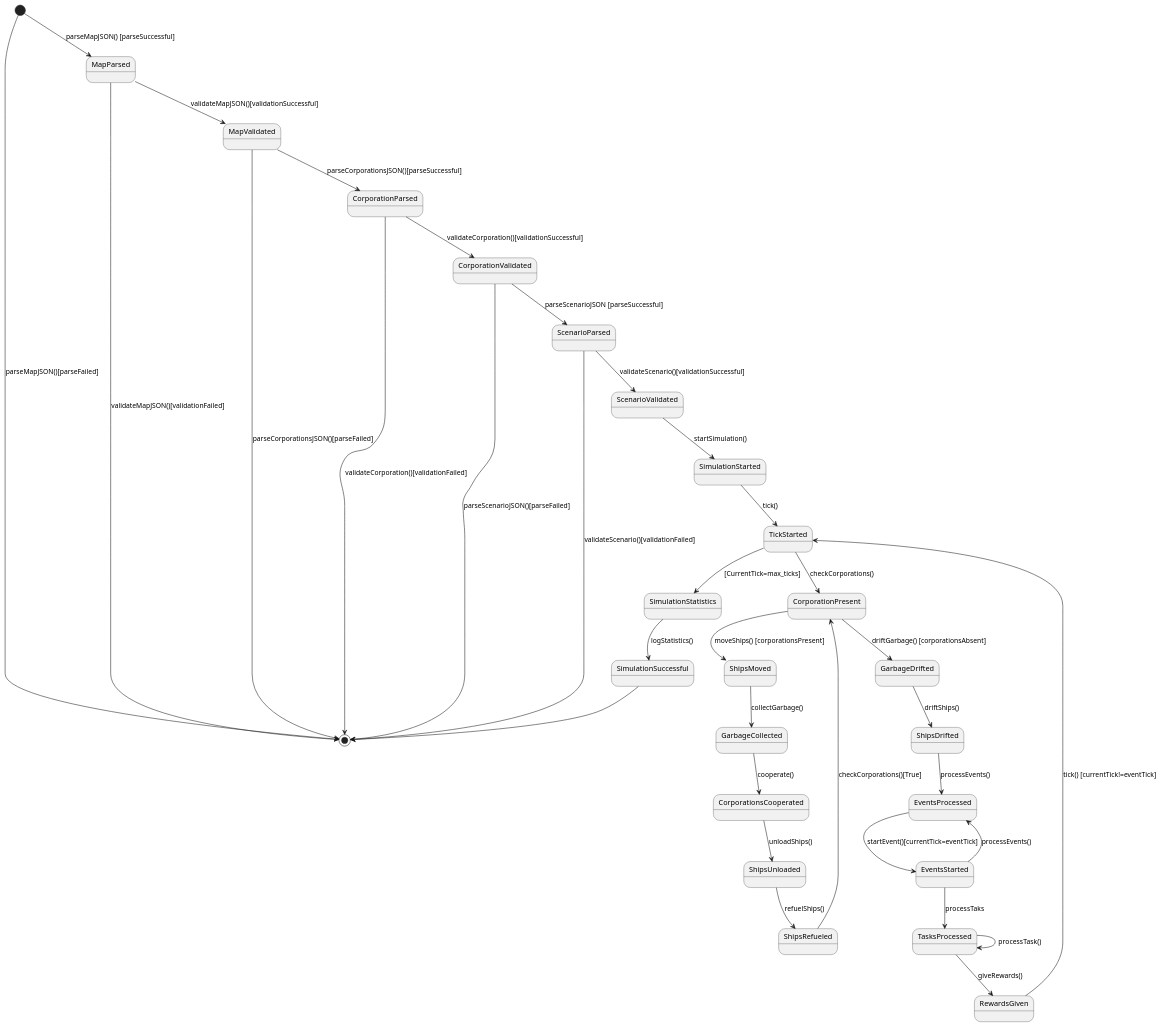
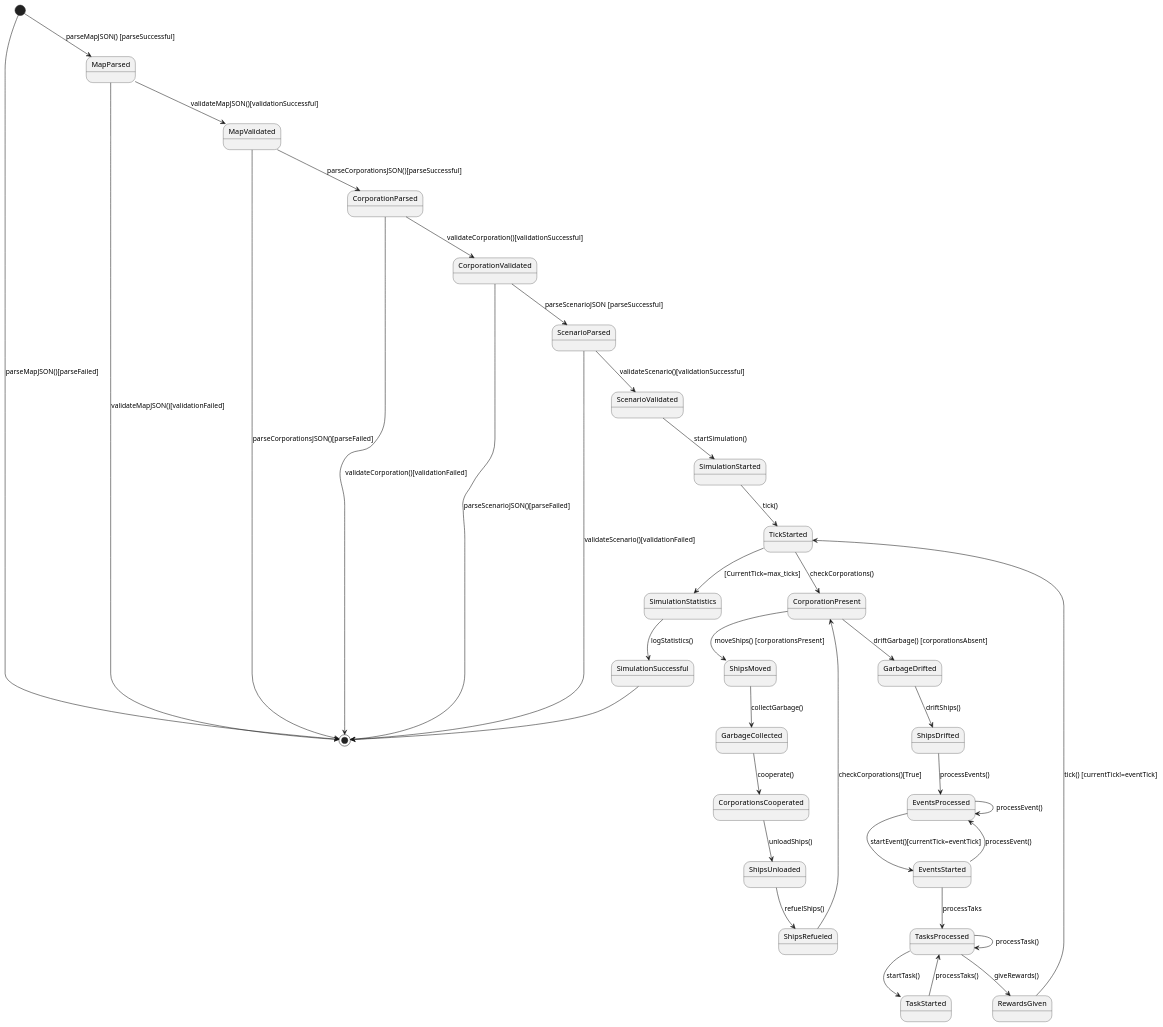
The diagram in StateDiagram.puml (Atharvakore/Save-The-Saardines), drawn with PlantUML before and after one commit.

Commit message:
updated State diagram

```diff
--- a/StateDiagram.puml
+++ b/StateDiagram.puml
@@ -1,45 +1,48 @@
 @startuml
 [*] --> MapParsed: parseMapJSON() [parseSuccessful]
 MapParsed --> MapValidated: validateMapJSON()[validationSuccessful]
 MapParsed --> [*] : validateMapJSON()[validationFailed]
 [*] --> [*] : parseMapJSON()[parseFailed]
 
 MapValidated --> CorporationParsed : parseCorporationsJSON()[parseSuccessful]
 MapValidated --> [*] : parseCorporationsJSON()[parseFailed]
 CorporationParsed -->CorporationValidated : validateCorporation()[validationSuccessful]
 CorporationParsed -->[*] : validateCorporation()[validationFailed]
 CorporationValidated --> ScenarioParsed : parseScenarioJSON [parseSuccessful]
 ScenarioParsed --> ScenarioValidated : validateScenario()[validationSuccessful]
 ScenarioParsed --> [*] : validateScenario()[validationFailed]
 CorporationValidated --> [*] : parseScenarioJSON()[parseFailed]
 
 ScenarioValidated--> SimulationStarted : startSimulation()
 
 SimulationStarted --> TickStarted : tick()
 
 TickStarted --> CorporationPresent : checkCorporations()
 CorporationPresent --> ShipsMoved : moveShips() [corporationsPresent]
 ShipsMoved --> GarbageCollected : collectGarbage()
 GarbageCollected --> CorporationsCooperated : cooperate()
 CorporationsCooperated --> ShipsUnloaded : unloadShips()
 ShipsUnloaded --> ShipsRefueled : refuelShips()
 ShipsRefueled --> CorporationPresent : checkCorporations()[True]
 CorporationPresent --> GarbageDrifted : driftGarbage() [corporationsAbsent]
 GarbageDrifted --> ShipsDrifted : driftShips()
 ShipsDrifted --> EventsProcessed : processEvents()
 
 
 
 EventsProcessed --> EventsStarted: startEvent()[currentTick=eventTick]
-EventsStarted --> EventsProcessed : processEvents()
+EventsStarted --> EventsProcessed : processEvent()
+EventsProcessed --> EventsProcessed : processEvent()
 EventsStarted --> TasksProcessed : processTaks
 TasksProcessed --> TasksProcessed : processTask()
+TasksProcessed --> TaskStarted : startTask()
+TaskStarted --> TasksProcessed : processTaks()
 TasksProcessed --> RewardsGiven: giveRewards()
 RewardsGiven --> TickStarted : tick() [currentTick!=eventTick]
 
 
 TickStarted --> SimulationStatistics : [CurrentTick=max_ticks]
 SimulationStatistics --> SimulationSuccessful : logStatistics()
 
 SimulationSuccessful --> [*]
 @enduml
```
